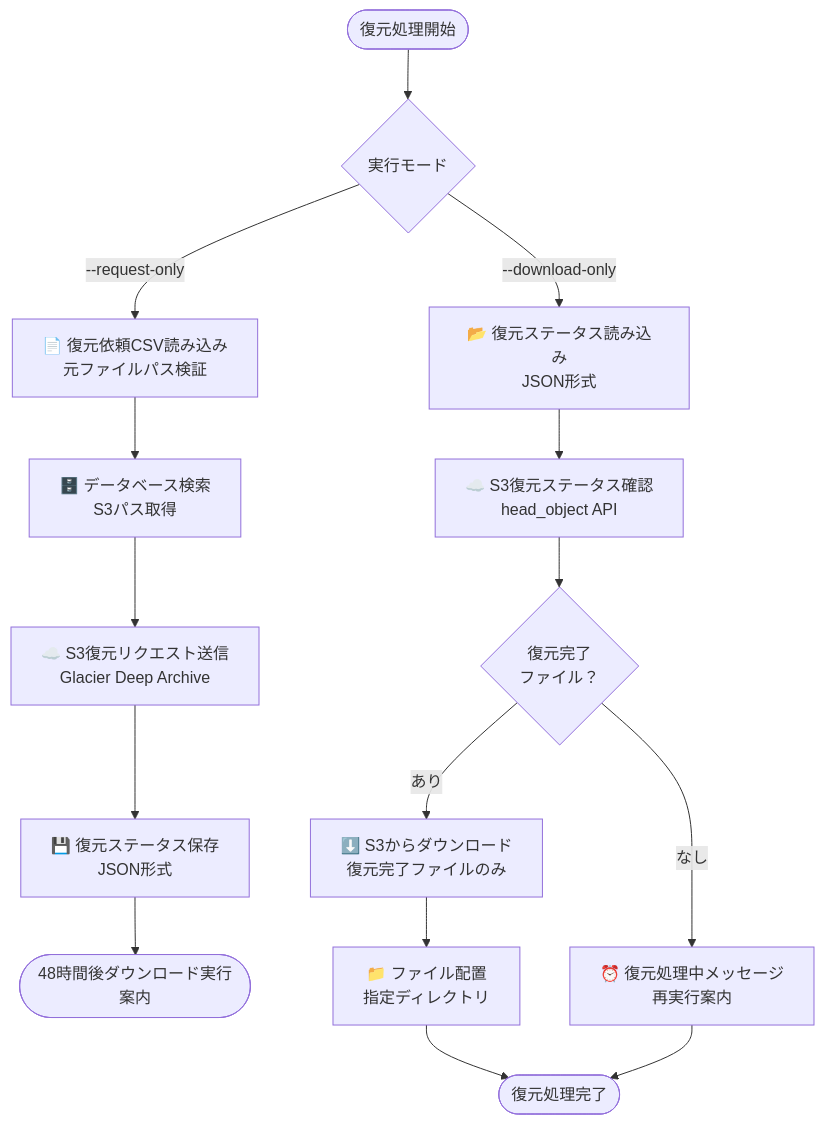
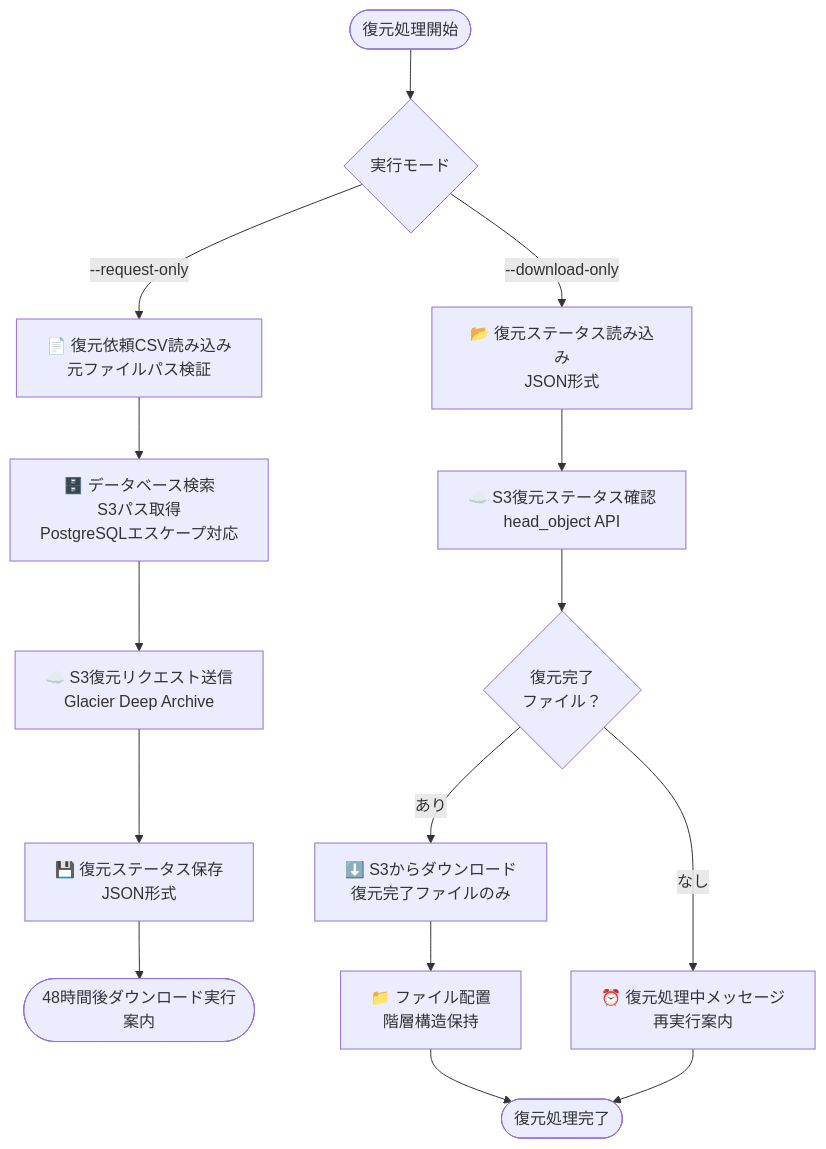
The third of 4 diagrams in archive/doc/detailed_design_doc.md (SantaSan-1224/HideoutRepo), drawn with Mermaid before and after one commit. The commit also changed other lines of this file, not shown here.

````diff
--- a/archive/doc/detailed_design_doc.md
+++ b/archive/doc/detailed_design_doc.md
@@ -347,21 +377,21 @@
 ```mermaid
 flowchart TD
     Start([復元処理開始]) --> Mode{実行モード}
 
     %% 復元リクエスト送信モード
     Mode -->|--request-only| CSV_Read[📄 復元依頼CSV読み込み<br/>元ファイルパス検証]
-    CSV_Read --> DB_Search[🗄️ データベース検索<br/>S3パス取得]
+    CSV_Read --> DB_Search[🗄️ データベース検索<br/>S3パス取得<br/>PostgreSQLエスケープ対応]
     DB_Search --> S3_Request[☁️ S3復元リクエスト送信<br/>Glacier Deep Archive]
     S3_Request --> Status_Save[💾 復元ステータス保存<br/>JSON形式]
     Status_Save --> Request_End([48時間後ダウンロード実行案内])
 
     %% ダウンロード実行モード（ステータス確認込み）
     Mode -->|--download-only| Status_Load[📂 復元ステータス読み込み<br/>JSON形式]
     Status_Load --> S3_Check[☁️ S3復元ステータス確認<br/>head_object API]
     S3_Check --> Status_Filter{復元完了<br/>ファイル？}
     Status_Filter -->|あり| S3_Download[⬇️ S3からダウンロード<br/>復元完了ファイルのみ]
     Status_Filter -->|なし| Wait_Message[⏰ 復元処理中メッセージ<br/>再実行案内]
-    S3_Download --> File_Place[📁 ファイル配置<br/>指定ディレクトリ]
+    S3_Download --> File_Place[📁 ファイル配置<br/>階層構造保持]
     File_Place --> Download_End([復元処理完了])
     Wait_Message --> Download_End
 ```
````
